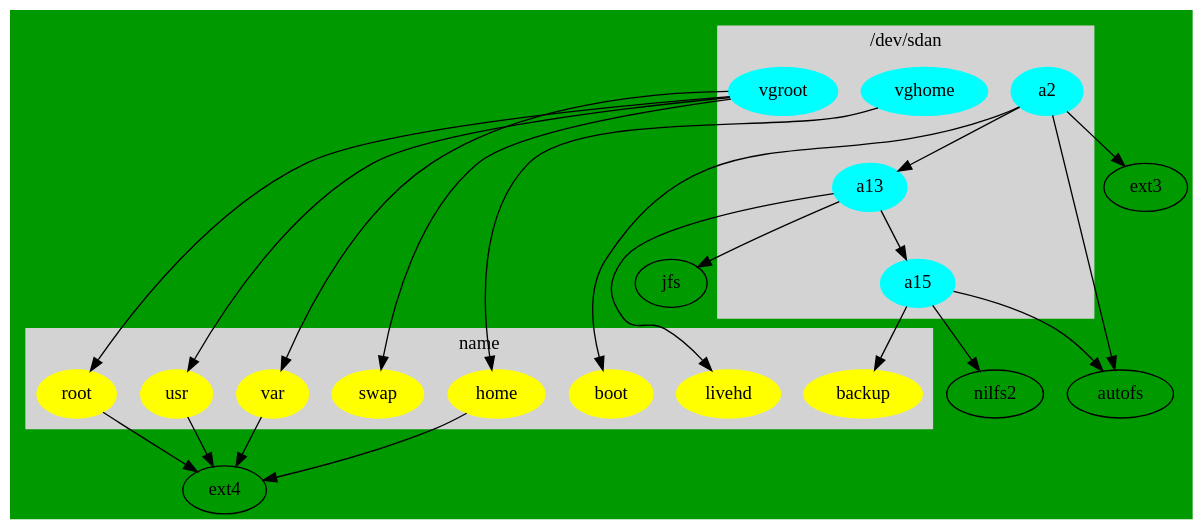
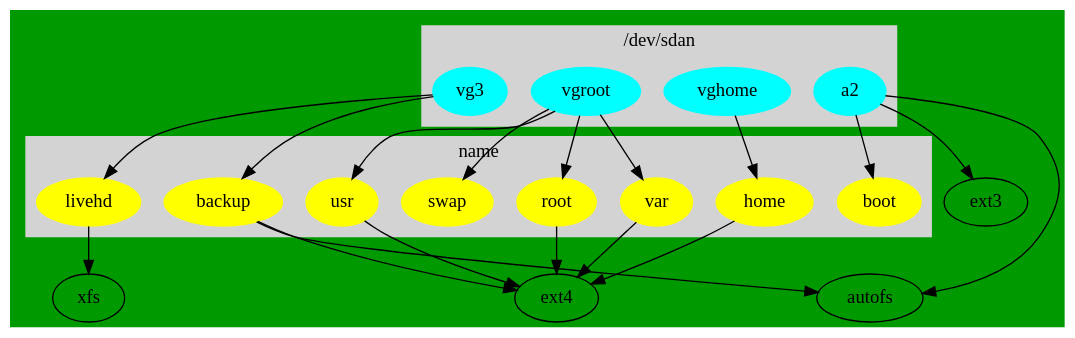
Before and after one commit to cdede/dotfiles: the diagram in dot/.config/dupl/parted.dot, drawn with Graphviz.

```diff
--- a/dot/.config/dupl/parted.dot
+++ b/dot/.config/dupl/parted.dot
@@ -1,47 +1,48 @@
 // dot -Tpng  parted.dot -o line1.png
 digraph G {
   bgcolor ="#009900";
 
 	subgraph cluster_0 {
 		style=filled;
 		color=lightgrey;
 		node [style=filled,color=cyan];
-		a2 -> a13->a15;
+		a2 ;
                 vgroot;
                 vghome;
+                vg3;
 		label = "/dev/sdan";
 	}
 
 	subgraph cluster_2 {
 		style=filled;
 		color=lightgrey;
 		node [style=filled,color=yellow];
 		boot;
 		backup;
                 livehd;
 		root ;
                 usr;
                 var;
 		swap;
 		home;
 		label = "name";
 	}
 
 	a2 -> boot;
 	a2 -> ext3;
 	a2 -> autofs;
         vgroot -> swap ;
         vgroot -> root ;
         root -> ext4;
         vgroot -> usr ;
         usr ->ext4;
         vgroot -> var ;
         var ->ext4;
-        a15 -> backup;
-        a15 -> nilfs2;
-        a15 -> autofs;
         vghome -> home;
 	home -> ext4;
-        a13 ->livehd;
-        a13 ->jfs;
+        vg3 ->backup;
+        vg3 ->livehd;
+        livehd ->xfs;
+        backup -> ext4;
+        backup -> autofs;
 }
```
